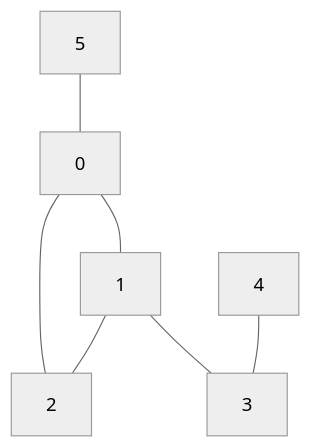
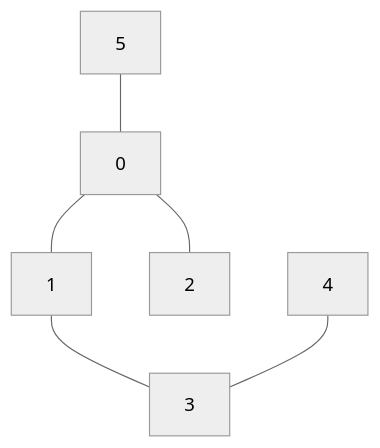
Before and after one commit to lucastomic/go-graph-explorer: the diagram in README.md, drawn with Mermaid (neutral theme).

Commit message:
Agrego diagrama del grafo

````diff
--- a/README.md
+++ b/README.md
@@ -30,9 +30,8 @@
 ```mermaid
 graph TD;
     5---0;
     0---2;
     0---1;
-    1---2;
     1---3;
     4---3;
 ```
````
